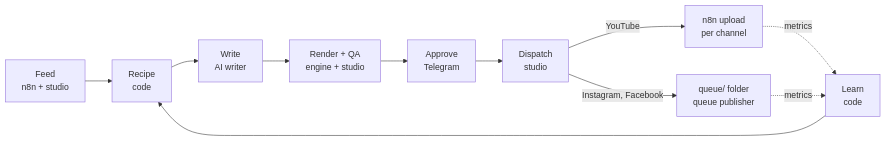
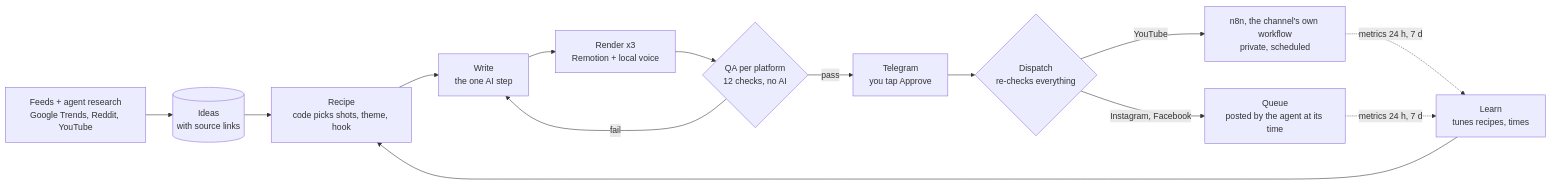
The diagram in README.md (navin-labs/agent-studio), drawn with Mermaid before and after one commit. The commit also changed other lines of this file and 20 other files, not shown here.

````diff
--- a/README.md
+++ b/README.md
@@ -24,7 +18,15 @@
 ```mermaid
 flowchart LR
-  F[Feed<br/>n8n + studio] --> R[Recipe<br/>code] --> W[Write<br/>AI writer] --> Q[Render + QA<br/>engine + studio] --> A[Approve<br/>Telegram] --> D[Dispatch<br/>studio]
-  D -->|YouTube| N[n8n upload<br/>per channel]
-  D -->|Instagram, Facebook| P[queue/ folder<br/>queue publisher]
-  N & P -. metrics .-> L[Learn<br/>code] --> R
+  F["Feeds + agent research<br/>Google Trends, Reddit, YouTube"] --> I[("Ideas<br/>with source links")]
+  I --> R["Recipe<br/>code picks shots, theme, hook"]
+  R --> W["Write<br/>the one AI step"]
+  W --> E["Render x3<br/>Remotion + local voice"]
+  E --> Q{"QA per platform<br/>12 checks, no AI"}
+  Q -- fail --> W
+  Q -- pass --> T["Telegram<br/>you tap Approve"]
+  T --> D{"Dispatch<br/>re-checks everything"}
+  D -->|YouTube| N["n8n, the channel's own workflow<br/>private, scheduled"]
+  D -->|Instagram, Facebook| P["Queue<br/>posted by the agent at its time"]
+  N & P -. "metrics 24 h, 7 d" .-> L["Learn<br/>tunes recipes, times"]
+  L --> R
 ```
````
